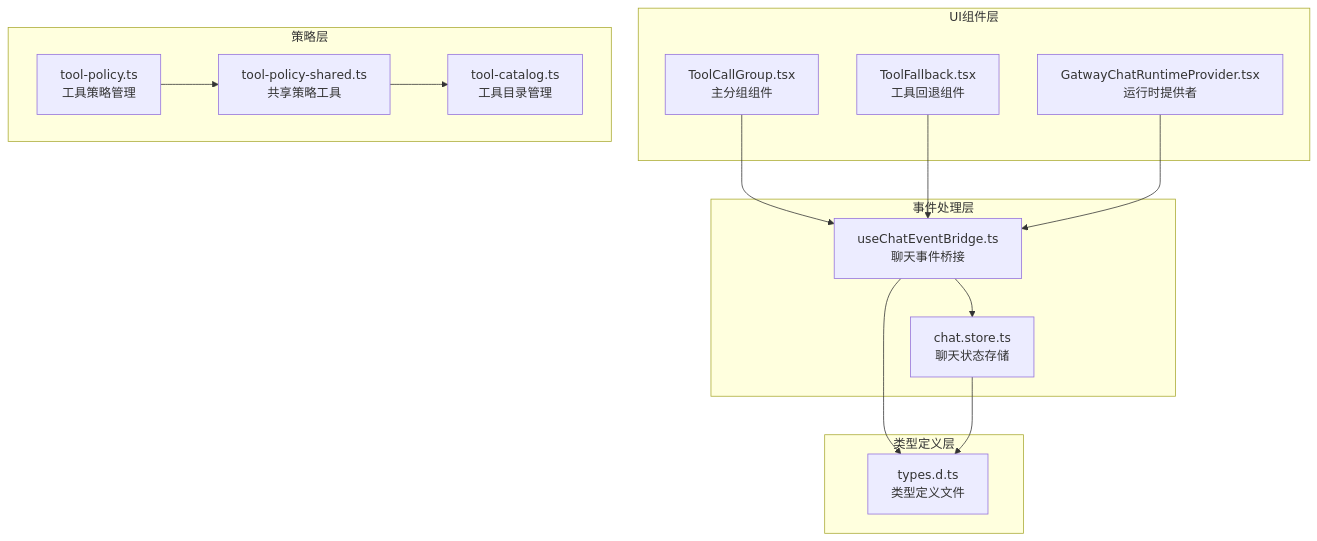
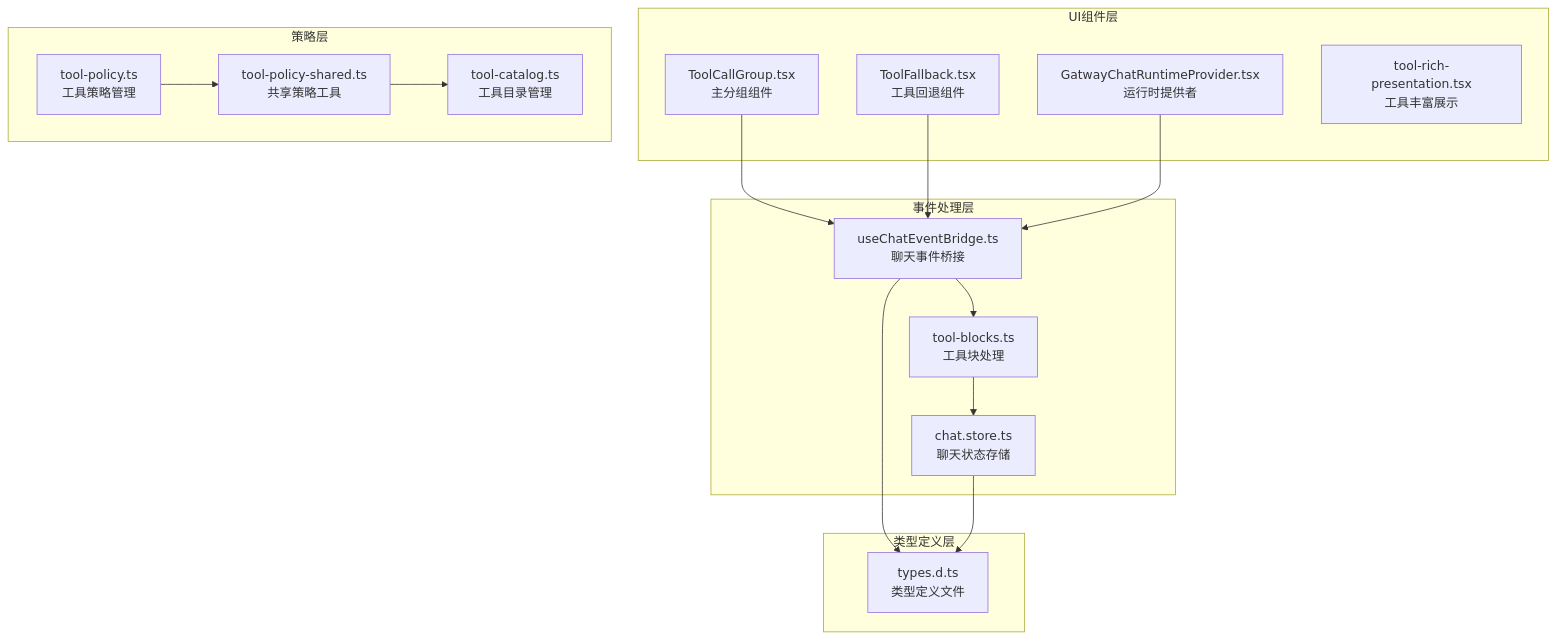
The first of 10 diagrams in .qoder/repowiki/zh/content/Web界面/UI组件系统/工具调用分组组件.md (verse-ai-org/openclaw), drawn with Mermaid before and after one commit. The commit also changed other lines of this file and 55 other files, not shown here.

Commit message:
feat(chat-tool): chat-tool渲染问题修复；优化tool展示；

````diff
--- a/.qoder/repowiki/zh/content/Web界面/UI组件系统/工具调用分组组件.md
+++ b/.qoder/repowiki/zh/content/Web界面/UI组件系统/工具调用分组组件.md
@@ -49,28 +57,31 @@
 ```mermaid
 graph TB
 subgraph "UI组件层"
 A[ToolCallGroup.tsx<br/>主分组组件]
 B[ToolFallback.tsx<br/>工具回退组件]
 C[GatwayChatRuntimeProvider.tsx<br/>运行时提供者]
+D[tool-rich-presentation.tsx<br/>工具丰富展示]
 end
 subgraph "事件处理层"
-D[useChatEventBridge.ts<br/>聊天事件桥接]
-E[chat.store.ts<br/>聊天状态存储]
+E[useChatEventBridge.ts<br/>聊天事件桥接]
+F[tool-blocks.ts<br/>工具块处理]
+G[chat.store.ts<br/>聊天状态存储]
 end
 subgraph "策略层"
-F[tool-policy.ts<br/>工具策略管理]
-G[tool-policy-shared.ts<br/>共享策略工具]
-H[tool-catalog.ts<br/>工具目录管理]
+H[tool-policy.ts<br/>工具策略管理]
+I[tool-policy-shared.ts<br/>共享策略工具]
+J[tool-catalog.ts<br/>工具目录管理]
 end
 subgraph "类型定义层"
-I[types.d.ts<br/>类型定义文件]
+K[types.d.ts<br/>类型定义文件]
 end
-A --> D
-B --> D
-C --> D
-D --> E
+A --> E
+B --> E
+C --> E
+E --> F
 F --> G
-G --> H
-D --> I
-E --> I
+H --> I
+I --> J
+E --> K
+G --> K
 ```
````
